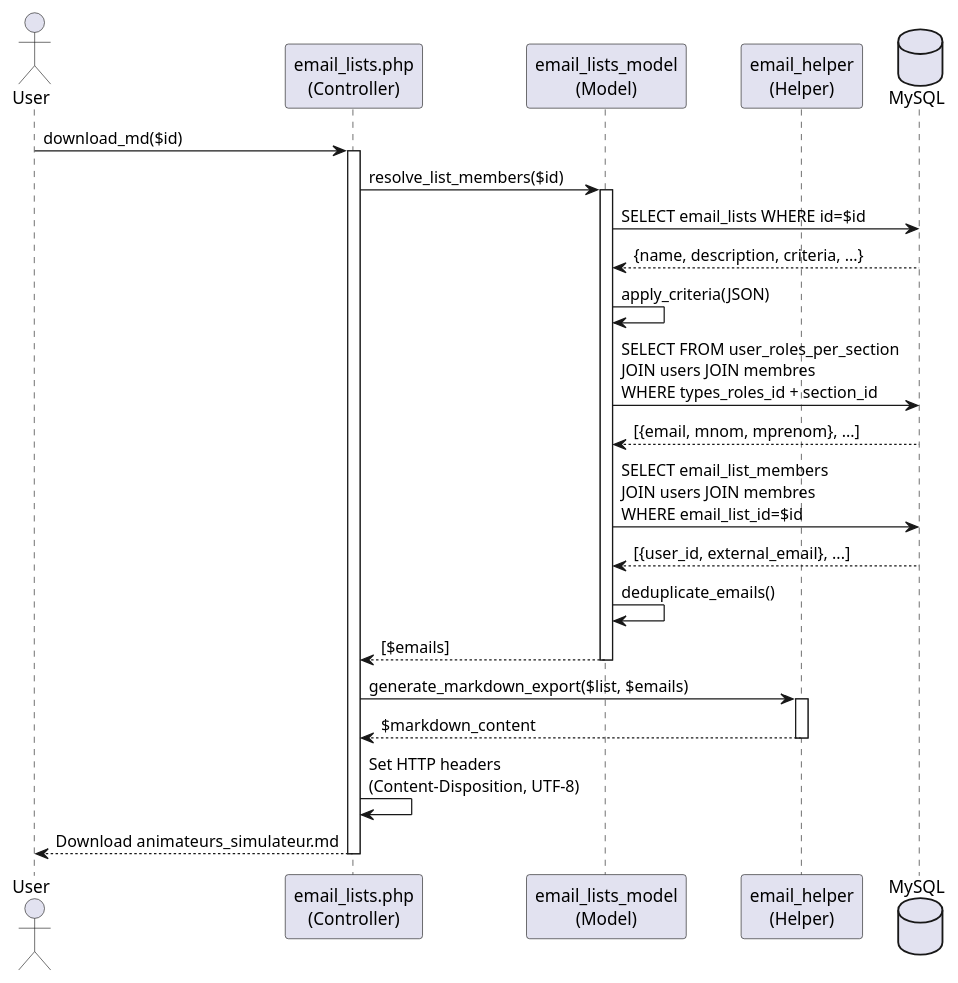
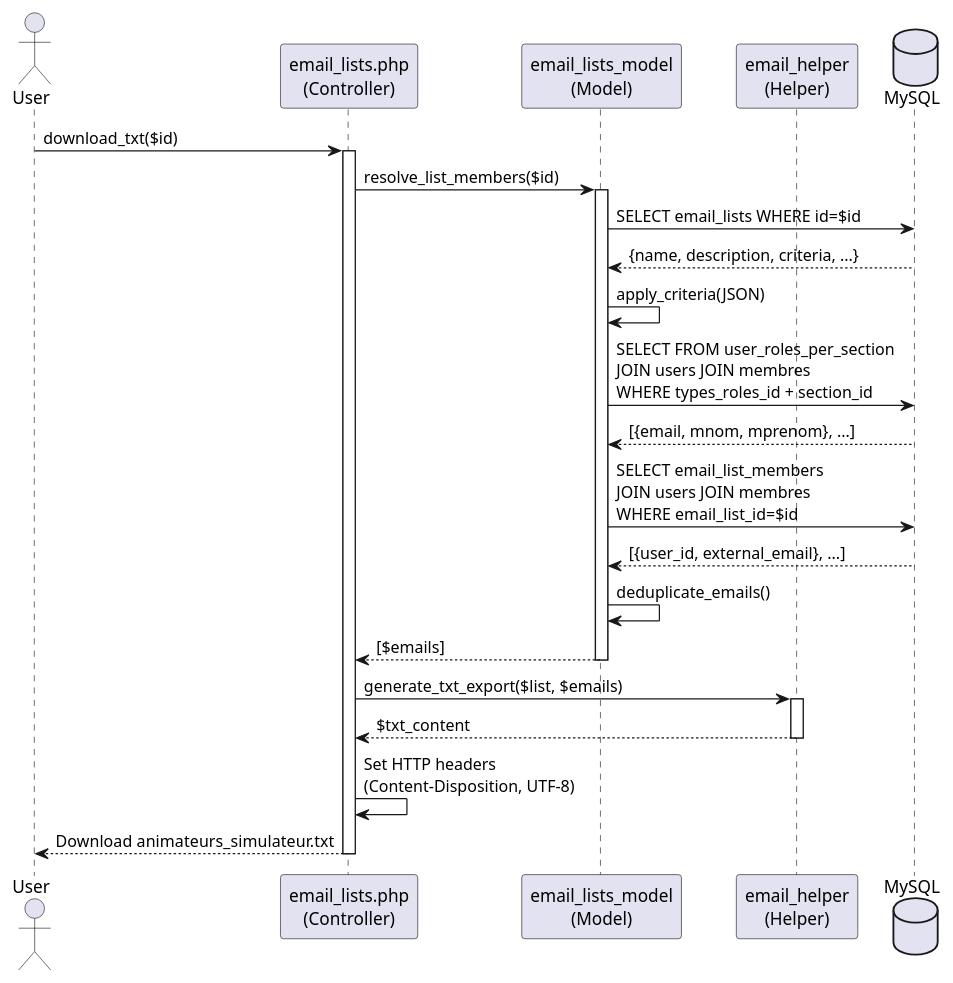
One commit to flub78/gvv changed the second of 2 diagrams in doc/design_notes/gestion_emails_design.md. Above: the diagram before and after it, drawn with PlantUML. The commit also changed other lines of this file, not shown here.

````diff
--- a/doc/design_notes/gestion_emails_design.md
+++ b/doc/design_notes/gestion_emails_design.md
@@ -894,38 +905,38 @@
 ```plantuml
 @startuml
 actor User
 participant "email_lists.php\n(Controller)" as Ctrl
 participant "email_lists_model\n(Model)" as Model
 participant "email_helper\n(Helper)" as Helper
 database MySQL
 
-User -> Ctrl: download_md($id)
+User -> Ctrl: download_txt($id)
 activate Ctrl
 
 Ctrl -> Model: resolve_list_members($id)
 activate Model
 
 Model -> MySQL: SELECT email_lists WHERE id=$id
 MySQL --> Model: {name, description, criteria, ...}
 
 Model -> Model: apply_criteria(JSON)
 Model -> MySQL: SELECT FROM user_roles_per_section\nJOIN users JOIN membres\nWHERE types_roles_id + section_id
 MySQL --> Model: [{email, mnom, mprenom}, ...]
 
 Model -> MySQL: SELECT email_list_members\nJOIN users JOIN membres\nWHERE email_list_id=$id
 MySQL --> Model: [{user_id, external_email}, ...]
 
 Model -> Model: deduplicate_emails()
 Model --> Ctrl: [$emails]
 deactivate Model
 
-Ctrl -> Helper: generate_markdown_export($list, $emails)
+Ctrl -> Helper: generate_txt_export($list, $emails)
 activate Helper
-Helper --> Ctrl: $markdown_content
+Helper --> Ctrl: $txt_content
 deactivate Helper
 
 Ctrl -> Ctrl: Set HTTP headers\n(Content-Disposition, UTF-8)
-Ctrl --> User: Download animateurs_simulateur.md
+Ctrl --> User: Download animateurs_simulateur.txt
 deactivate Ctrl
 @enduml
 ```
````
